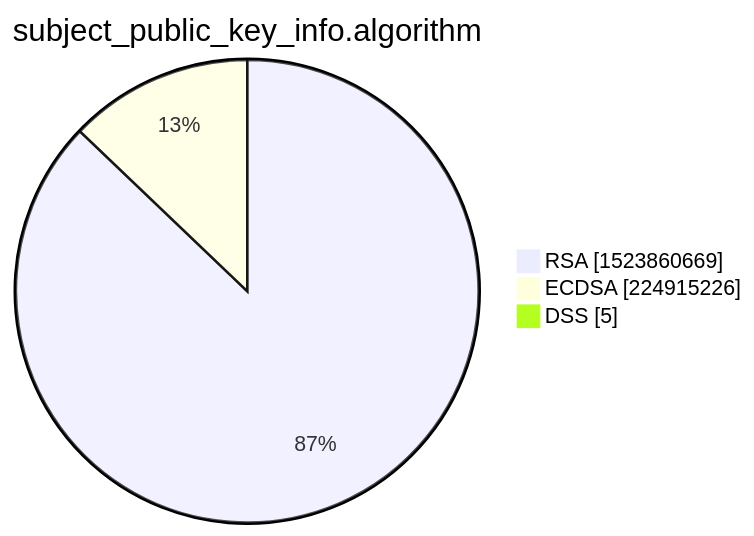
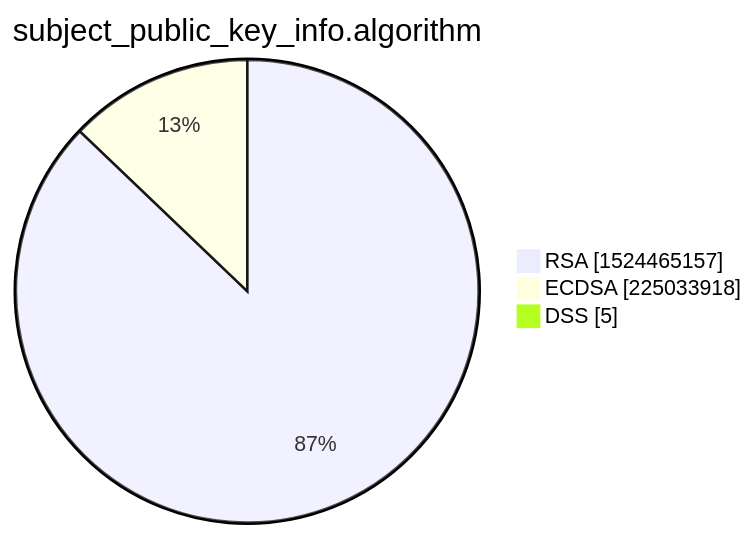
Before and after one commit to christiankrug/ctmonitor_visualization: the third of 15 diagrams in xenon2022/README.md, drawn with Mermaid. The commit also changed other lines of this file, not shown here.

````diff
--- a/xenon2022/README.md
+++ b/xenon2022/README.md
@@ -14,7 +14,7 @@
 ```mermaid
 pie showData
 title subject_public_key_info.algorithm
-"RSA" :1523860669
-"ECDSA" :224915226
+"RSA" :1524465157
+"ECDSA" :225033918
 "DSS" :5
 ```
````
